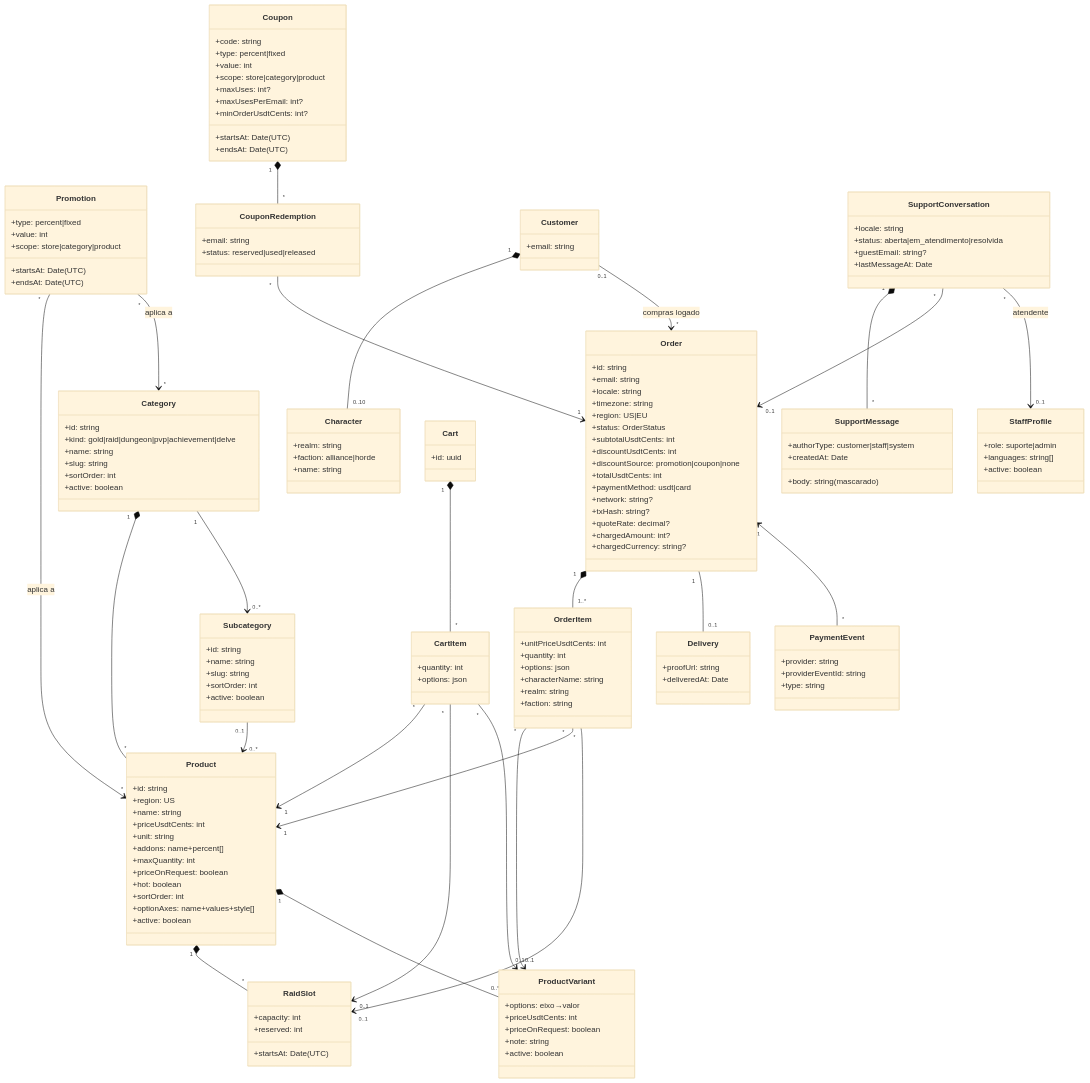
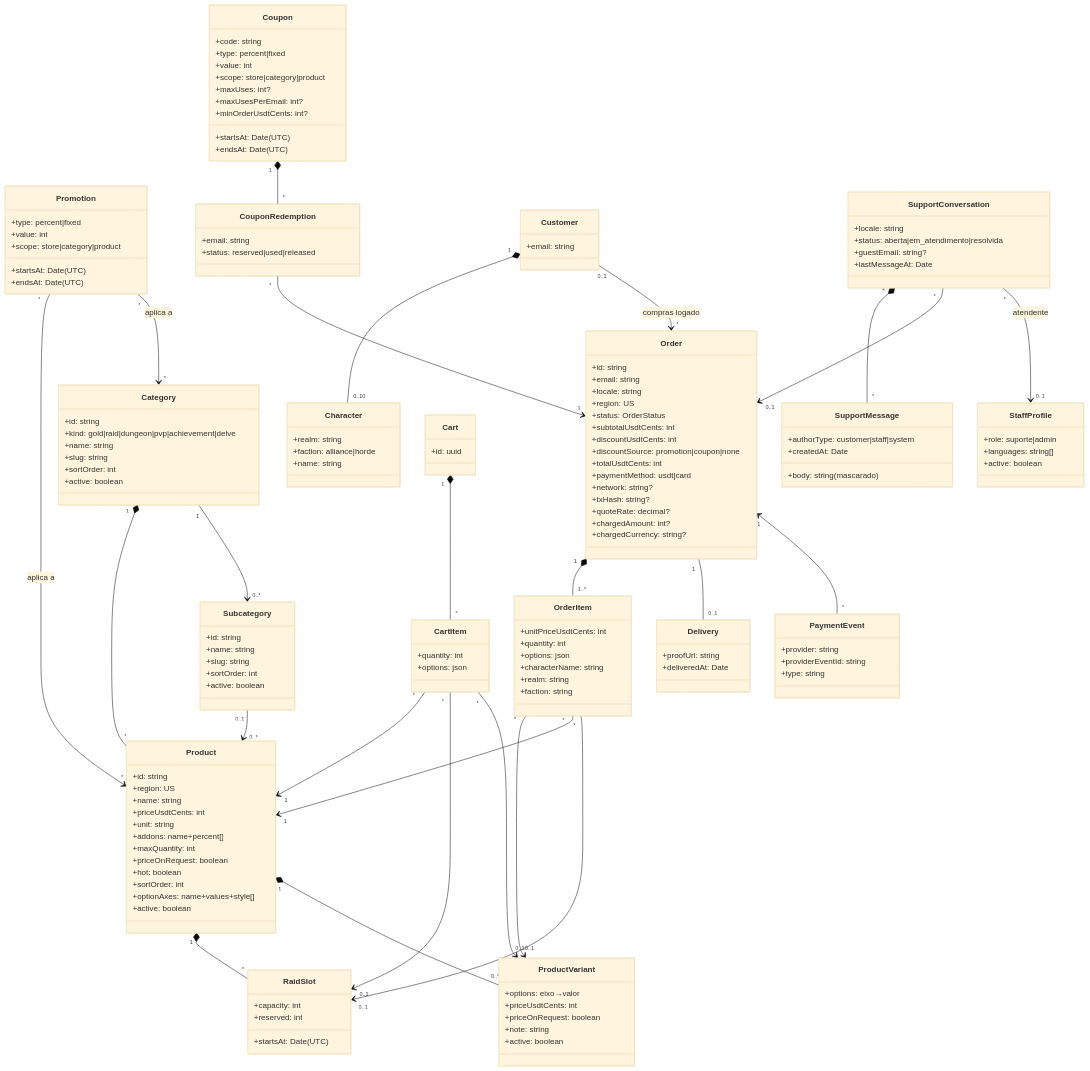
The second of 7 diagrams in docs/06-uml.md (abeeyh/shop), drawn with Mermaid (base theme) before and after one commit. The commit also changed other lines of this file and 44 other files, not shown here.

```diff
--- a/docs/06-uml.md
+++ b/docs/06-uml.md
@@ -112,8 +113,7 @@
     +id: string
     +email: string
     +locale: string
-    +timezone: string
-    +region: US|EU
+    +region: US
     +status: OrderStatus
     +subtotalUsdtCents: int
     +discountUsdtCents: int
```
